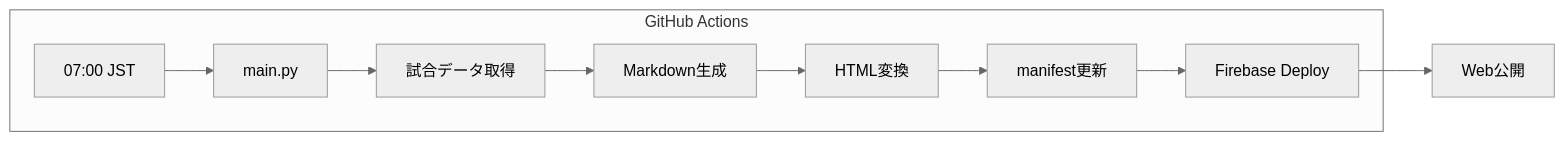
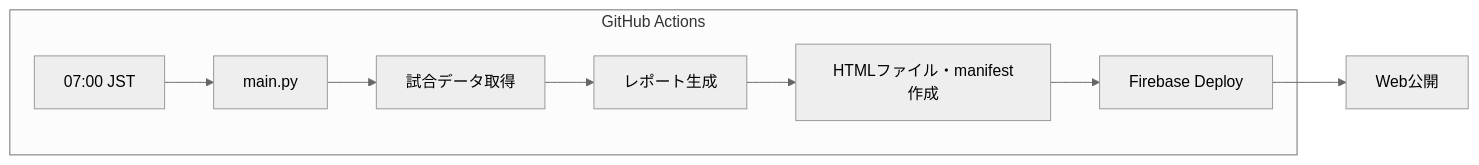
Before and after one commit to igrekplus/football-delay-watching: the second of 3 diagrams in docs/04_operations/deployment.md, drawn with Mermaid (neutral theme). The commit also changed other lines of this file and 7 other files, not shown here.

````diff
--- a/docs/04_operations/deployment.md
+++ b/docs/04_operations/deployment.md
@@ -177,12 +177,11 @@
 ```mermaid
 flowchart LR
     subgraph GitHub Actions
         A[07:00 JST] --> B[main.py]
         B --> C[試合データ取得]
-        C --> D[Markdown生成]
-        D --> E[HTML変換]
-        E --> F[manifest更新]
-        F --> G[Firebase Deploy]
+        C --> D[レポート生成]
+        D --> E[HTMLファイル・manifest作成]
+        E --> F[Firebase Deploy]
     end
-    G --> H[Web公開]
+    F --> G[Web公開]
 ```
````
